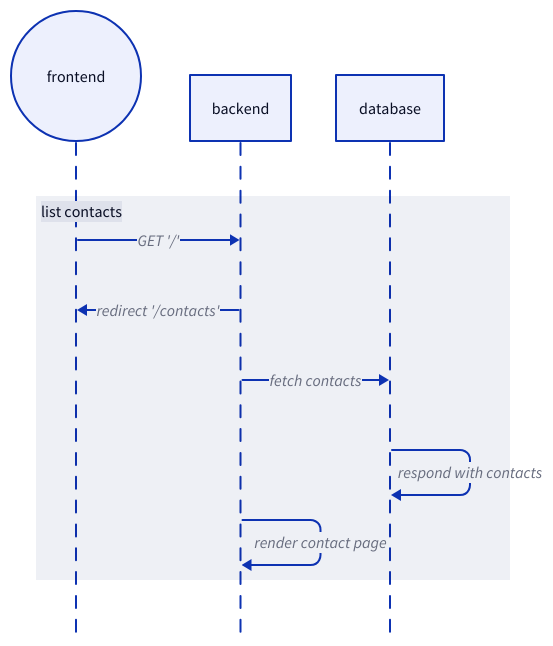
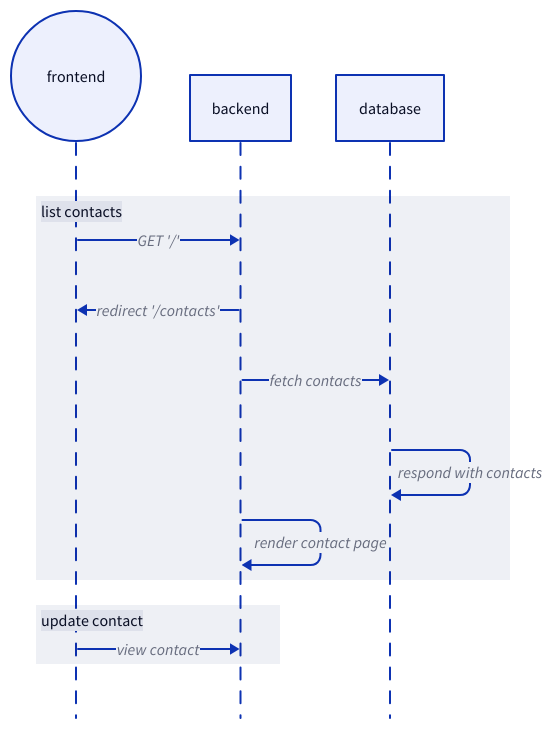
Before and after one commit to spencernaugler7/WebOne: the diagram in WebOneWeb/Docs/arch.d2, drawn with D2. The commit also changed 6 other files, not shown here.

```diff
--- a/WebOneWeb/Docs/arch.d2
+++ b/WebOneWeb/Docs/arch.d2
@@ -1,17 +1,21 @@
 shape: sequence_diagram
 
 f: frontend {
   shape: circle
 }
 
 b: backend
 
 d: database
 
 list contacts: {
   f -> b: GET '/'
   b -> f: redirect '/contacts'
   b -> d: fetch contacts
   d -> d: respond with contacts
   b -> b: render contact page
 }
+
+update contact: {
+  f -> b: view contact
+}
```
